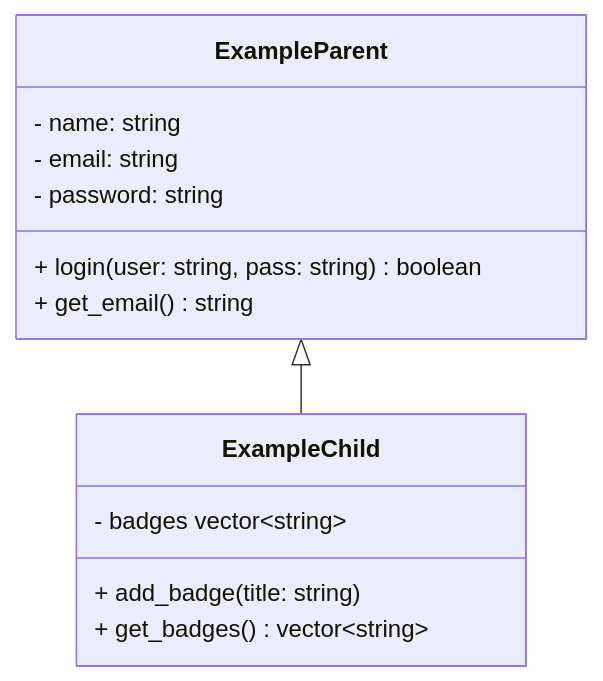
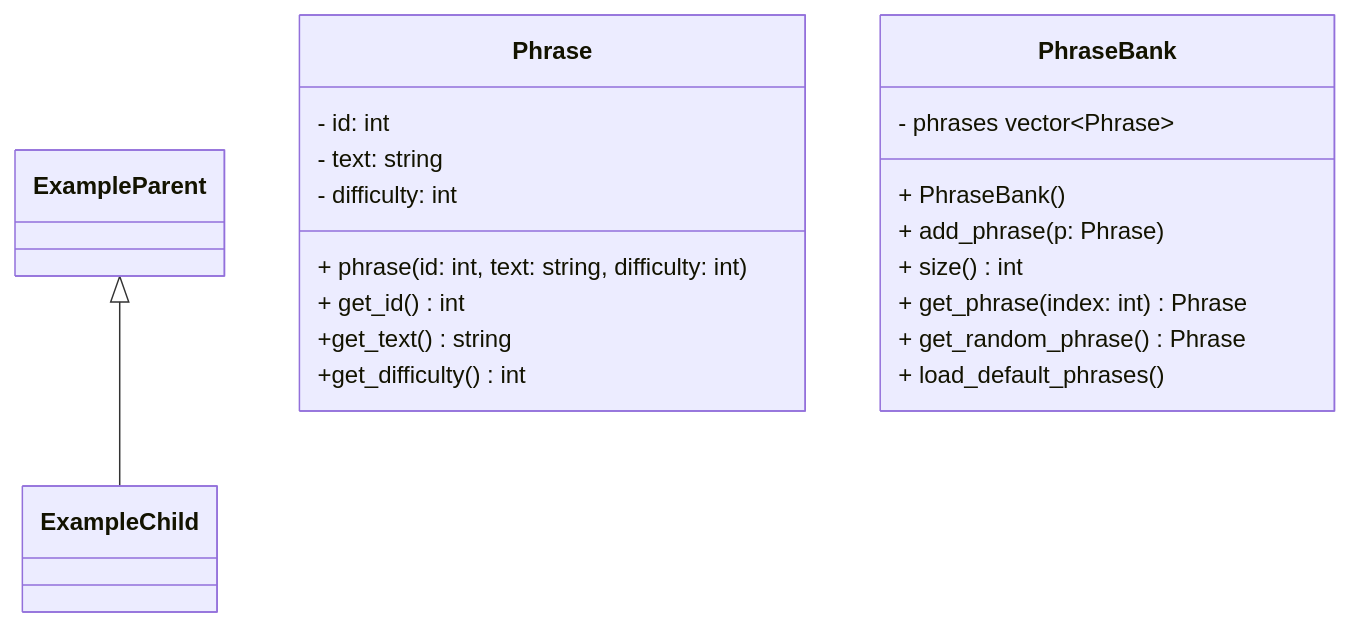
One commit to MattOrtiz530/tippitytappity-design changed the diagram in README.md. Above: the diagram before and after it, drawn with Mermaid.

````diff
--- a/README.md
+++ b/README.md
@@ -9,16 +9,25 @@
 ```mermaid
 classDiagram
   ExampleParent <|-- ExampleChild
-  class ExampleParent{
-        - name: string
-        - email: string
-        - password: string
-        + login(user: string, pass: string) boolean
-        + get_email() string
+  class Phrase{
+        - id: int
+        - text: string
+        - difficulty: int
+        + phrase(id: int, text: string, difficulty: int)
+        + get_id() int
+        +get_text() string
+        +get_difficulty() int
+
   }
-  class ExampleChild{
-        - badges vector~string~
-        + add_badge(title: string)
-        + get_badges() vector~string~
+  class PhraseBank{
+        - phrases vector~Phrase~
+        + PhraseBank()
+        + add_phrase(p: Phrase)
+        + size() int
+        + get_phrase(index: int) Phrase
+        + get_random_phrase() Phrase
+        + load_default_phrases()
   }
+
+
 ```
````
